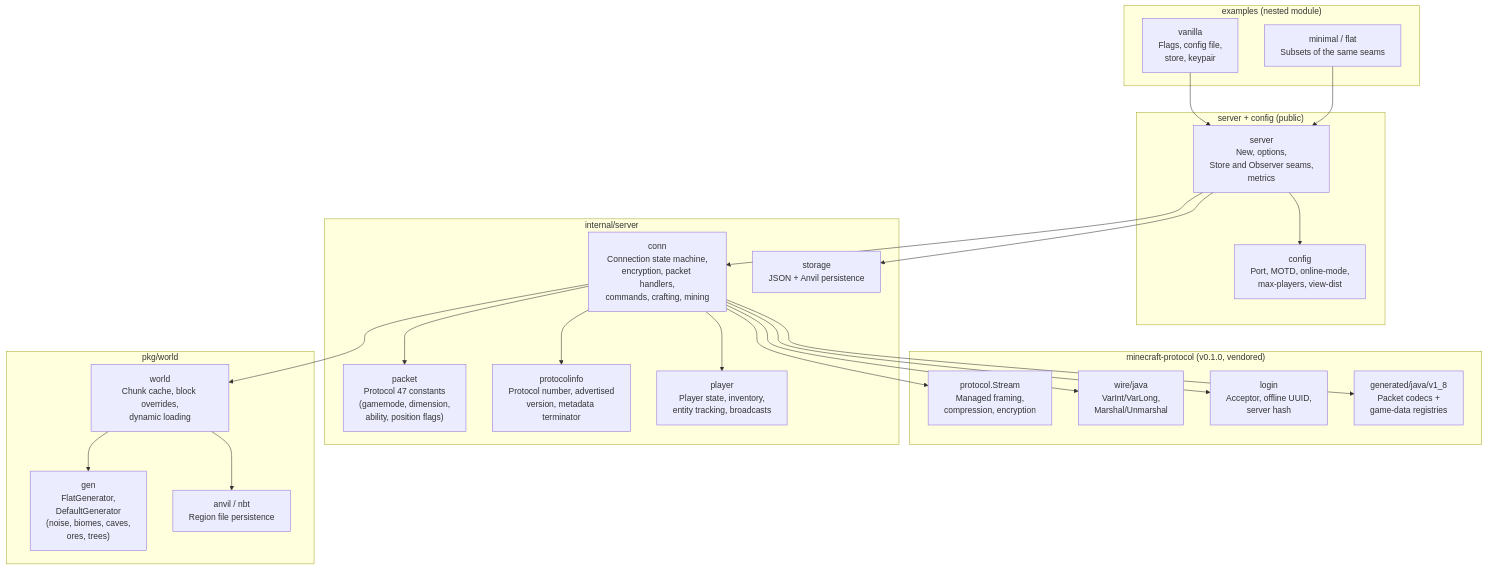
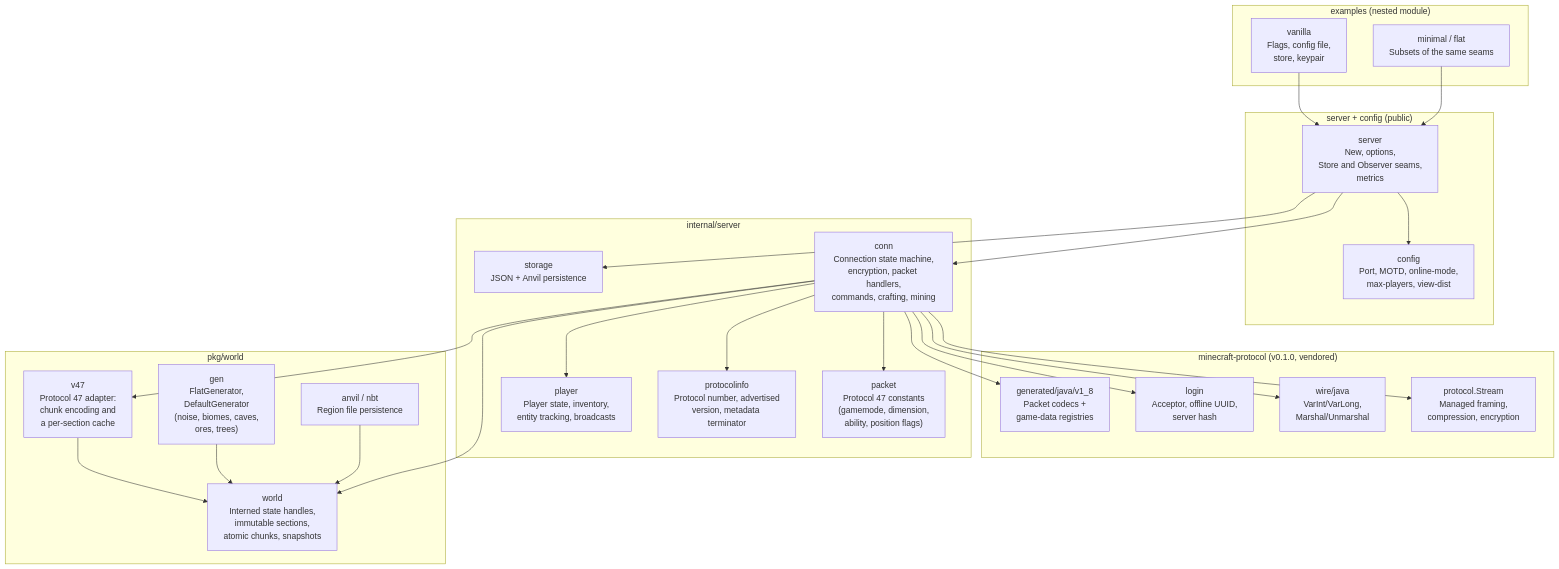
Before and after one commit to go-theft-craft/server: the first of 4 diagrams in README.md, drawn with Mermaid. The commit also changed other lines of this file and 2 other files, not shown here.

Commit message:
docs: record M11.2 and describe the world model

````diff
--- a/README.md
+++ b/README.md
@@ -152,49 +152,52 @@
 ```mermaid
 graph TB
     subgraph CLI["examples (nested module)"]
         SERVER["vanilla<br/>Flags, config file,<br/>store, keypair"]
         MINIMAL["minimal / flat<br/>Subsets of the same seams"]
     end
 
     subgraph Protocol["minecraft-protocol (v0.1.0, vendored)"]
         STREAM["protocol.Stream<br/>Managed framing,<br/>compression, encryption"]
         WIRE["wire/java<br/>VarInt/VarLong,<br/>Marshal/Unmarshal"]
         LOGIN["login<br/>Acceptor, offline UUID,<br/>server hash"]
         GENV18["generated/java/v1_8<br/>Packet codecs +<br/>game-data registries"]
     end
 
     subgraph Framework["server + config (public)"]
         FRAMEWORK["server<br/>New, options,<br/>Store and Observer seams,<br/>metrics"]
         CONFIG["config<br/>Port, MOTD, online-mode,<br/>max-players, view-dist"]
     end
 
     subgraph Server["internal/server"]
         CONN["conn<br/>Connection state machine,<br/>encryption, packet handlers,<br/>commands, crafting, mining"]
         PACKET["packet<br/>Protocol 47 constants<br/>(gamemode, dimension,<br/>ability, position flags)"]
         PROTOINFO["protocolinfo<br/>Protocol number, advertised<br/>version, metadata terminator"]
         PLAYER["player<br/>Player state, inventory,<br/>entity tracking, broadcasts"]
         STORAGE["storage<br/>JSON + Anvil persistence"]
     end
 
     subgraph World["pkg/world"]
-        WORLD["world<br/>Chunk cache, block overrides,<br/>dynamic loading"]
+        WORLD["world<br/>Interned state handles,<br/>immutable sections,<br/>atomic chunks, snapshots"]
+        V47["v47<br/>Protocol 47 adapter:<br/>chunk encoding and<br/>a per-section cache"]
         GEN["gen<br/>FlatGenerator,<br/>DefaultGenerator<br/>(noise, biomes, caves,<br/>ores, trees)"]
         ANVIL["anvil / nbt<br/>Region file persistence"]
     end
 
     SERVER --> FRAMEWORK
     MINIMAL --> FRAMEWORK
     FRAMEWORK --> CONFIG
     FRAMEWORK --> CONN
     FRAMEWORK --> STORAGE
     CONN --> STREAM
     CONN --> WIRE
     CONN --> LOGIN
     CONN --> GENV18
     CONN --> PACKET
     CONN --> PROTOINFO
     CONN --> PLAYER
     CONN --> WORLD
-    WORLD --> GEN
-    WORLD --> ANVIL
+    CONN --> V47
+    V47 --> WORLD
+    GEN --> WORLD
+    ANVIL --> WORLD
 ```
````
